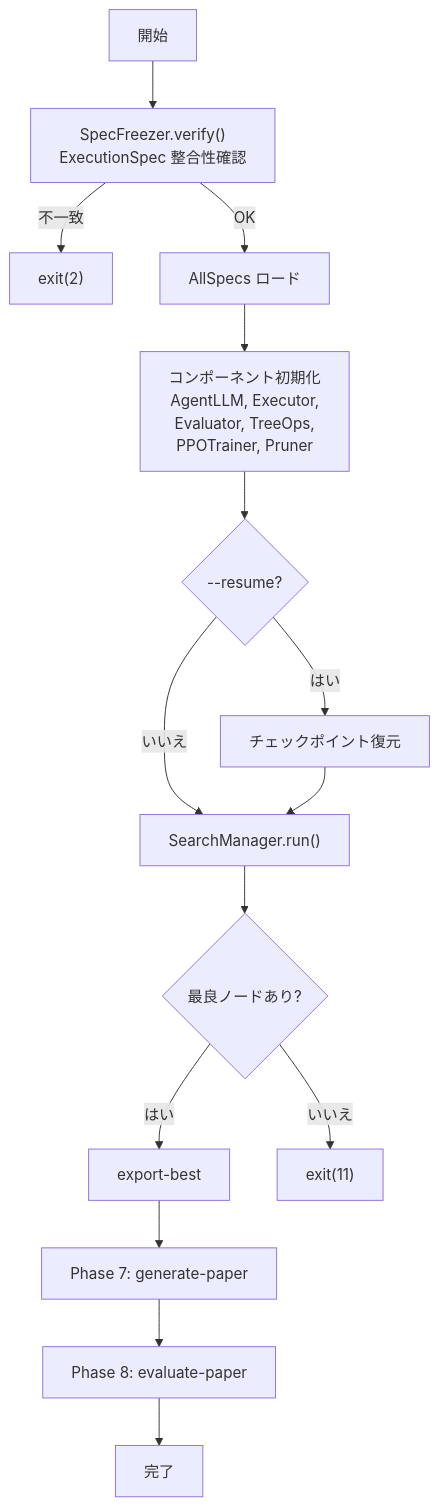
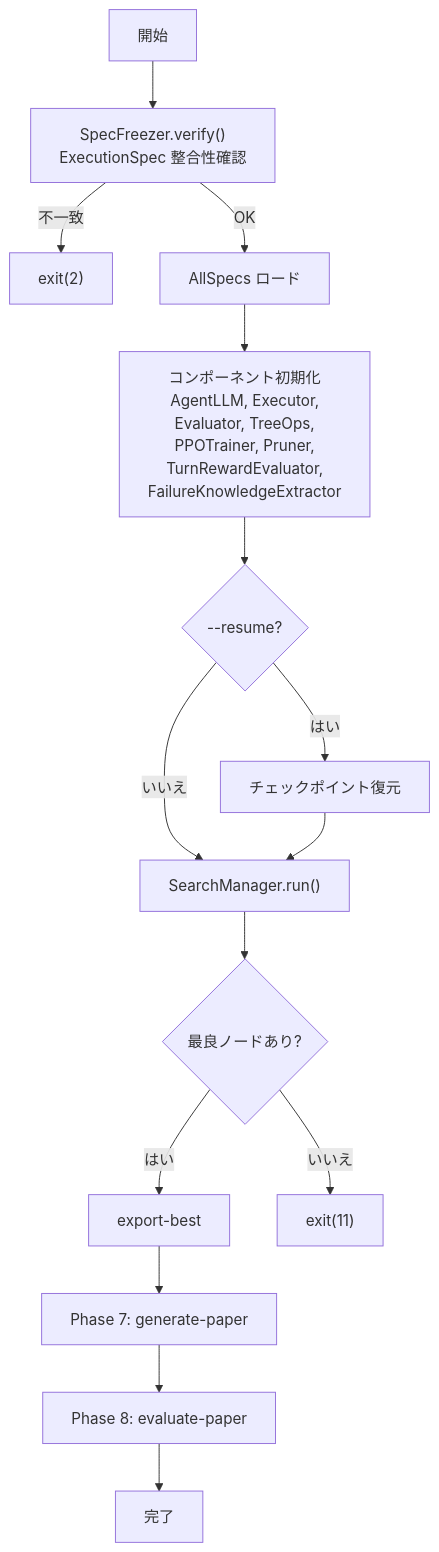
Before and after one commit to kotama7/SERA: diagram 13 of 13 in docs/workflow.md, drawn with Mermaid. The commit also changed other lines of this file and 49 other files, not shown here.

Commit message:
add:LLM Agent add

````diff
--- a/docs/workflow.md
+++ b/docs/workflow.md
@@ -713,17 +759,17 @@
 ```mermaid
 flowchart TD
     START[開始] --> VERIFY["SpecFreezer.verify()<br/>ExecutionSpec 整合性確認"]
     VERIFY -->|不一致| EXIT2["exit(2)"]
     VERIFY -->|OK| LOAD[AllSpecs ロード]
-    LOAD --> INIT["コンポーネント初期化<br/>AgentLLM, Executor,<br/>Evaluator, TreeOps,<br/>PPOTrainer, Pruner"]
+    LOAD --> INIT["コンポーネント初期化<br/>AgentLLM, Executor,<br/>Evaluator, TreeOps,<br/>PPOTrainer, Pruner,<br/>TurnRewardEvaluator,<br/>FailureKnowledgeExtractor"]
     INIT --> RESUME{--resume?}
     RESUME -->|はい| RESTORE[チェックポイント復元]
     RESUME -->|いいえ| RUN
     RESTORE --> RUN
     RUN["SearchManager.run()"] --> BEST{最良ノードあり?}
     BEST -->|はい| EXPORT["export-best"]
     BEST -->|いいえ| EXIT11["exit(11)"]
     EXPORT --> PAPER["Phase 7: generate-paper"]
     PAPER --> EVAL["Phase 8: evaluate-paper"]
     EVAL --> DONE[完了]
 ```
````
